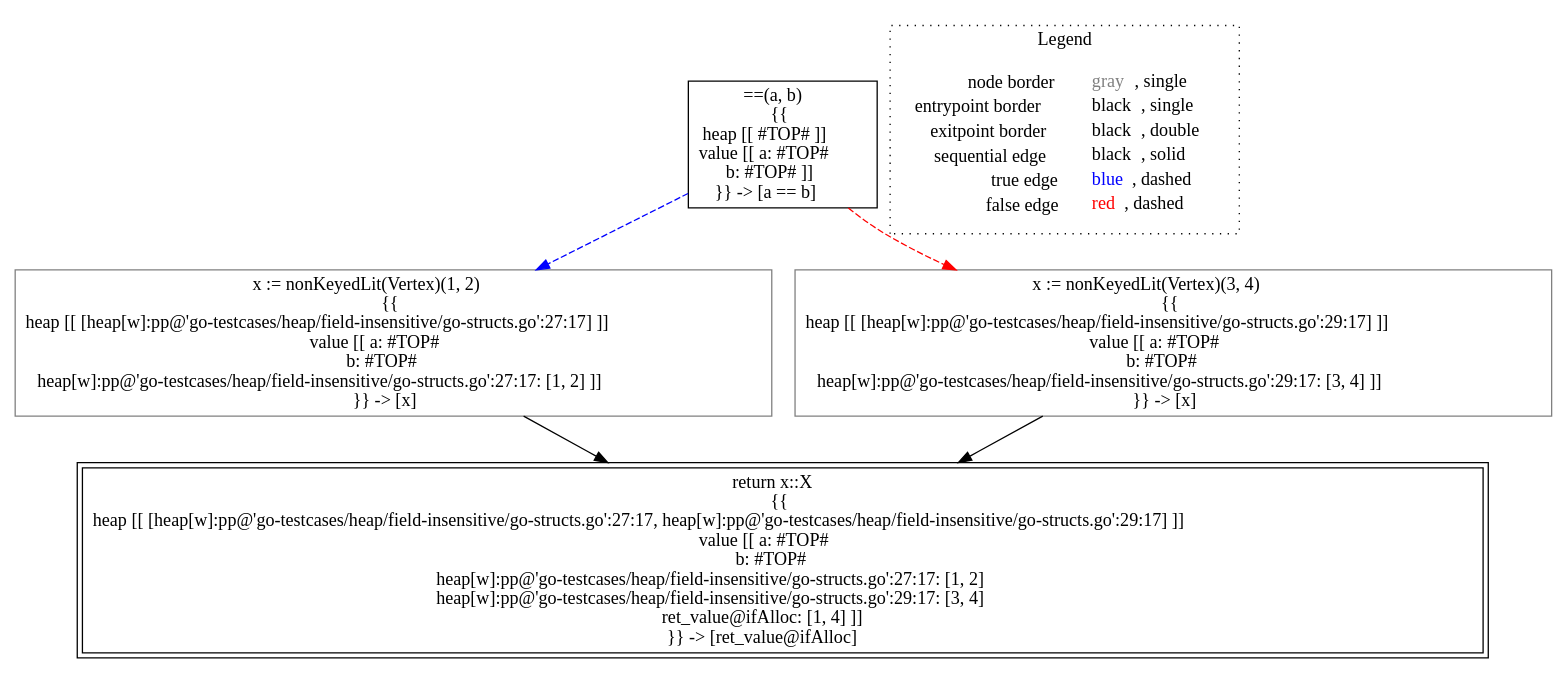
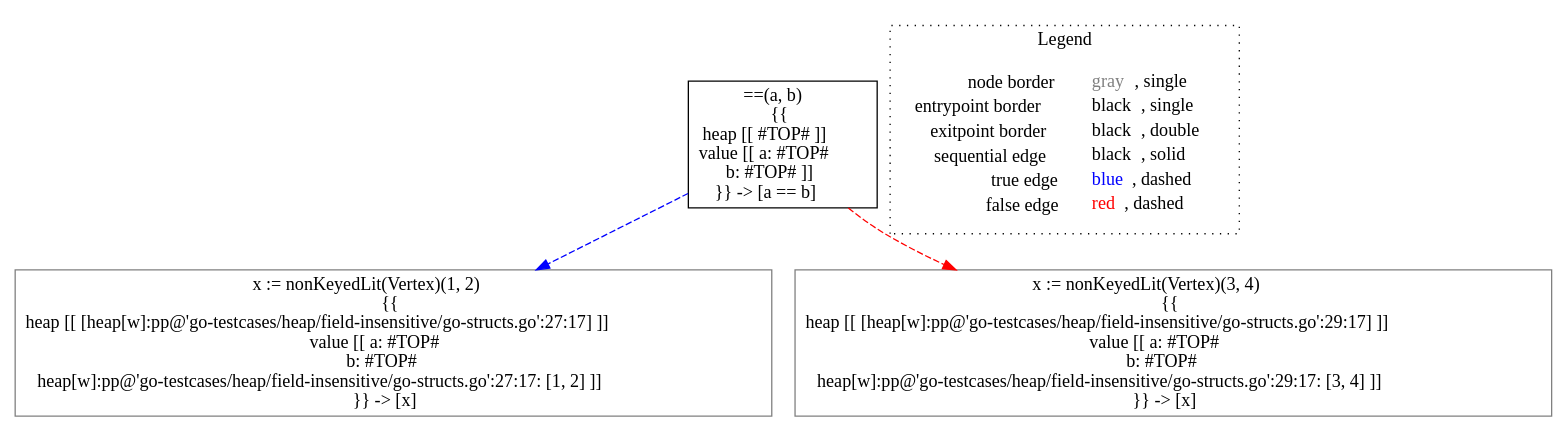
One commit to lisa-analyzer/go-lisa changed the diagram in go-lisa/go-testcases/heap/field-insensitive/analysis___untyped_~LiSAProgram.ifAlloc(int_a,_int_b).dot. Above: the diagram before and after it, drawn with Graphviz. The commit also changed 6 other files, not shown here.

```diff
--- a/go-lisa/go-testcases/heap/field-insensitive/analysis___untyped_~LiSAProgram.ifAlloc(int_a,_int_b).dot
+++ b/go-lisa/go-testcases/heap/field-insensitive/analysis___untyped_~LiSAProgram.ifAlloc(int_a,_int_b).dot
@@ -1,17 +1,14 @@
 digraph {
 	"node0" [shape="rect",color="black",label=<==(a, b)<BR/>{{<BR/>heap [[ #TOP# ]]<BR/>value [[ a: #TOP#<BR/>b: #TOP# ]]<BR/>}} -&gt; [a == b]>];
 	"node1" [shape="rect",color="gray",label=<x := nonKeyedLit(Vertex)(1, 2)<BR/>{{<BR/>heap [[ [heap[w]:pp@'go-testcases/heap/field-insensitive/go-structs.go':27:17] ]]<BR/>value [[ a: #TOP#<BR/>b: #TOP#<BR/>heap[w]:pp@'go-testcases/heap/field-insensitive/go-structs.go':27:17: [1, 2] ]]<BR/>}} -&gt; [x]>];
-	"node2" [shape="rect",color="black",peripheries="2",label=<return x::X<BR/>{{<BR/>heap [[ [heap[w]:pp@'go-testcases/heap/field-insensitive/go-structs.go':27:17, heap[w]:pp@'go-testcases/heap/field-insensitive/go-structs.go':29:17] ]]<BR/>value [[ a: #TOP#<BR/>b: #TOP#<BR/>heap[w]:pp@'go-testcases/heap/field-insensitive/go-structs.go':27:17: [1, 2]<BR/>heap[w]:pp@'go-testcases/heap/field-insensitive/go-structs.go':29:17: [3, 4]<BR/>ret_value@ifAlloc: [1, 4] ]]<BR/>}} -&gt; [ret_value@ifAlloc]>];
-	"node3" [shape="rect",color="gray",label=<x := nonKeyedLit(Vertex)(3, 4)<BR/>{{<BR/>heap [[ [heap[w]:pp@'go-testcases/heap/field-insensitive/go-structs.go':29:17] ]]<BR/>value [[ a: #TOP#<BR/>b: #TOP#<BR/>heap[w]:pp@'go-testcases/heap/field-insensitive/go-structs.go':29:17: [3, 4] ]]<BR/>}} -&gt; [x]>];
+	"node2" [shape="rect",color="gray",label=<x := nonKeyedLit(Vertex)(3, 4)<BR/>{{<BR/>heap [[ [heap[w]:pp@'go-testcases/heap/field-insensitive/go-structs.go':29:17] ]]<BR/>value [[ a: #TOP#<BR/>b: #TOP#<BR/>heap[w]:pp@'go-testcases/heap/field-insensitive/go-structs.go':29:17: [3, 4] ]]<BR/>}} -&gt; [x]>];
 	"node0" -> "node1" [color="blue",style="dashed"];
-	"node0" -> "node3" [color="red",style="dashed"];
-	"node1" -> "node2" [color="black"];
-	"node3" -> "node2" [color="black"];
+	"node0" -> "node2" [color="red",style="dashed"];
 subgraph cluster_legend {
 	label="Legend";
 	style=dotted;
 	node [shape=plaintext];
 	"legend" [label=<<table border="0" cellpadding="2" cellspacing="0" cellborder="0"><tr><td align="right">node border&nbsp;</td><td align="left"><font color="gray">gray</font>, single</td></tr><tr><td align="right">entrypoint border&nbsp;</td><td align="left"><font color="black">black</font>, single</td></tr><tr><td align="right">exitpoint border&nbsp;</td><td align="left"><font color="black">black</font>, double</td></tr><tr><td align="right">sequential edge&nbsp;</td><td align="left"><font color="black">black</font>, solid</td></tr><tr><td align="right">true edge&nbsp;</td><td align="left"><font color="blue">blue</font>, dashed</td></tr><tr><td align="right">false edge&nbsp;</td><td align="left"><font color="red">red</font>, dashed</td></tr></table>>];
 }
 
 }
```
